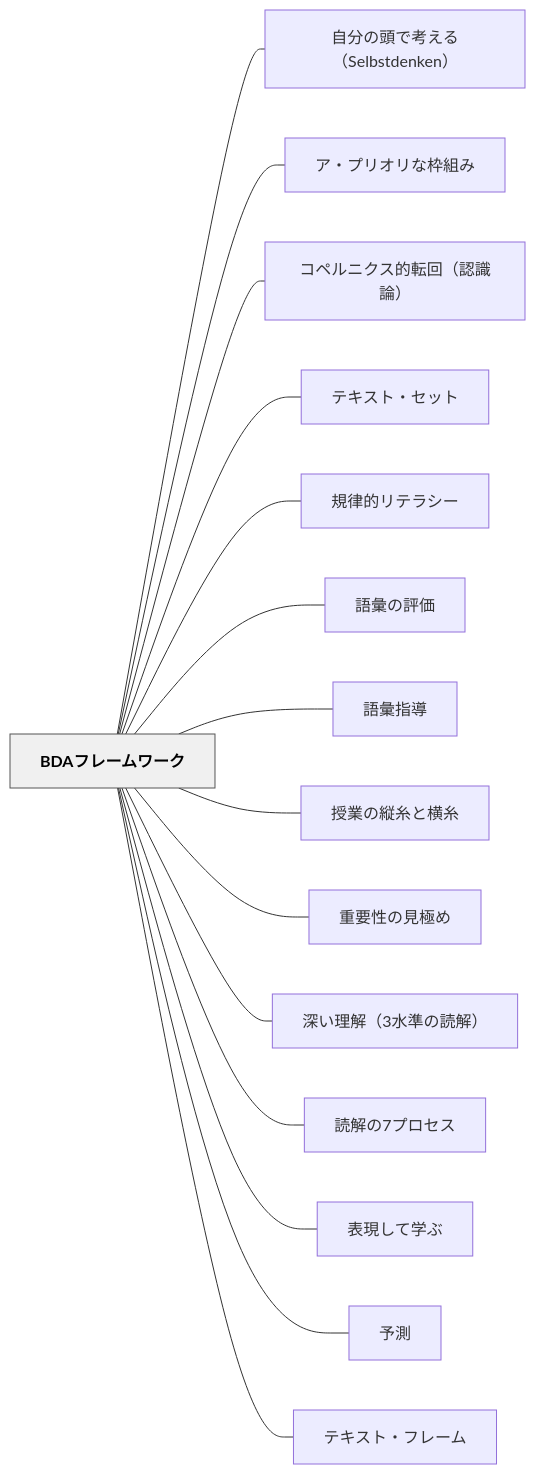
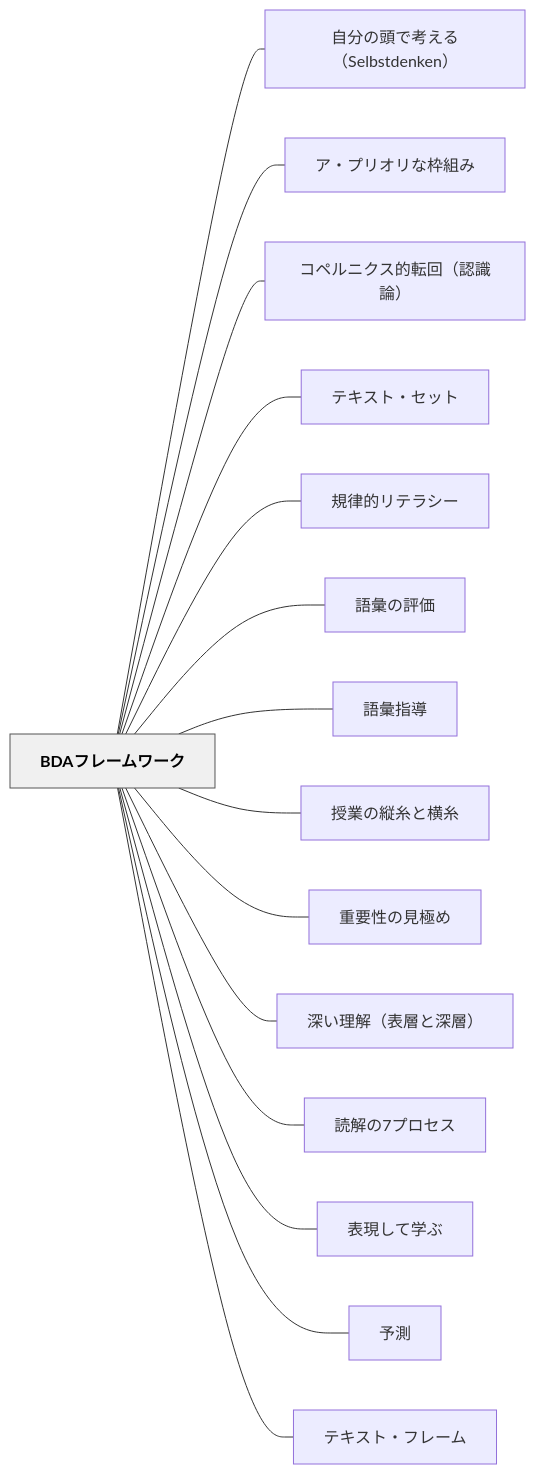
The diagram in content/パタン/BDAフレームワーク.md (unknownthings-ed-patterns/unknownthings-ed-patterns), drawn with Mermaid before and after one commit. The commit also changed other lines of this file and 26 other files, not shown here.

````diff
--- a/content/パタン/BDAフレームワーク.md
+++ b/content/パタン/BDAフレームワーク.md
@@ -208,36 +208,36 @@
 ```mermaid
 flowchart LR
     n424441e38395e383ace383bce383a0e383afe383bce382af["BDAフレームワーク"]
     ne887aae58886e381aee9a0ade381a7e88083e38188e3828befbc8853656c62737464656e6b656eefbc89["自分の頭で考える（Selbstdenken）"]
     ne382a2e383bbe38397e383aae382aae383aae381aae69ea0e7b584e381bf["ア・プリオリな枠組み"]
     ne382b3e3839ae383abe3838be382afe382b9e79a84e8bba2e59b9eefbc88e8aa8de8ad98e8ab96efbc89["コペルニクス的転回（認識論）"]
     ne38386e382ade382b9e38388e383bbe382bbe38383e38388["テキスト・セット"]
     ne8a68fe5be8be79a84e383aae38386e383a9e382b7e383bc["規律的リテラシー"]
     ne8aa9ee5bd99e381aee8a995e4bea1["語彙の評価"]
     ne8aa9ee5bd99e68c87e5b08e["語彙指導"]
     ne68e88e6a5ade381aee7b8a6e7b3b8e381a8e6a8aae7b3b8["授業の縦糸と横糸"]
     ne9878de8a681e680a7e381aee8a68be6a5b5e38281["重要性の見極め"]
-    ne6b7b1e38184e79086e8a7a3efbc8833e6b0b4e6ba96e381aee8aaade8a7a3efbc89["深い理解（3水準の読解）"]
+    ne6b7b1e38184e79086e8a7a3efbc88e8a1a8e5b1a4e381a8e6b7b1e5b1a4efbc89["深い理解（表層と深層）"]
     ne8aaade8a7a3e381ae37e38397e383ade382bbe382b9["読解の7プロセス"]
     ne8a1a8e78fbee38197e381a6e5ada6e381b6["表現して学ぶ"]
     ne4ba88e6b8ac["予測"]
     ne38386e382ade382b9e38388e383bbe38395e383ace383bce383a0["テキスト・フレーム"]
 
     n424441e38395e383ace383bce383a0e383afe383bce382af --- ne887aae58886e381aee9a0ade381a7e88083e38188e3828befbc8853656c62737464656e6b656eefbc89
     n424441e38395e383ace383bce383a0e383afe383bce382af --- ne382a2e383bbe38397e383aae382aae383aae381aae69ea0e7b584e381bf
     n424441e38395e383ace383bce383a0e383afe383bce382af --- ne382b3e3839ae383abe3838be382afe382b9e79a84e8bba2e59b9eefbc88e8aa8de8ad98e8ab96efbc89
     n424441e38395e383ace383bce383a0e383afe383bce382af --- ne38386e382ade382b9e38388e383bbe382bbe38383e38388
     n424441e38395e383ace383bce383a0e383afe383bce382af --- ne8a68fe5be8be79a84e383aae38386e383a9e382b7e383bc
     n424441e38395e383ace383bce383a0e383afe383bce382af --- ne8aa9ee5bd99e381aee8a995e4bea1
     n424441e38395e383ace383bce383a0e383afe383bce382af --- ne8aa9ee5bd99e68c87e5b08e
     n424441e38395e383ace383bce383a0e383afe383bce382af --- ne68e88e6a5ade381aee7b8a6e7b3b8e381a8e6a8aae7b3b8
     n424441e38395e383ace383bce383a0e383afe383bce382af --- ne9878de8a681e680a7e381aee8a68be6a5b5e38281
-    n424441e38395e383ace383bce383a0e383afe383bce382af --- ne6b7b1e38184e79086e8a7a3efbc8833e6b0b4e6ba96e381aee8aaade8a7a3efbc89
+    n424441e38395e383ace383bce383a0e383afe383bce382af --- ne6b7b1e38184e79086e8a7a3efbc88e8a1a8e5b1a4e381a8e6b7b1e5b1a4efbc89
     n424441e38395e383ace383bce383a0e383afe383bce382af --- ne8aaade8a7a3e381ae37e38397e383ade382bbe382b9
     n424441e38395e383ace383bce383a0e383afe383bce382af --- ne8a1a8e78fbee38197e381a6e5ada6e381b6
     n424441e38395e383ace383bce383a0e383afe383bce382af --- ne4ba88e6b8ac
     n424441e38395e383ace383bce383a0e383afe383bce382af --- ne38386e382ade382b9e38388e383bbe38395e383ace383bce383a0
 
     classDef hub fill:#f0f0f0,stroke:#555,color:#000,font-weight:bold
     class n424441e38395e383ace383bce383a0e383afe383bce382af hub
 ```
````
